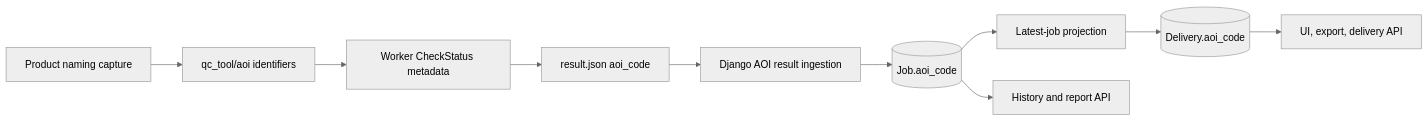
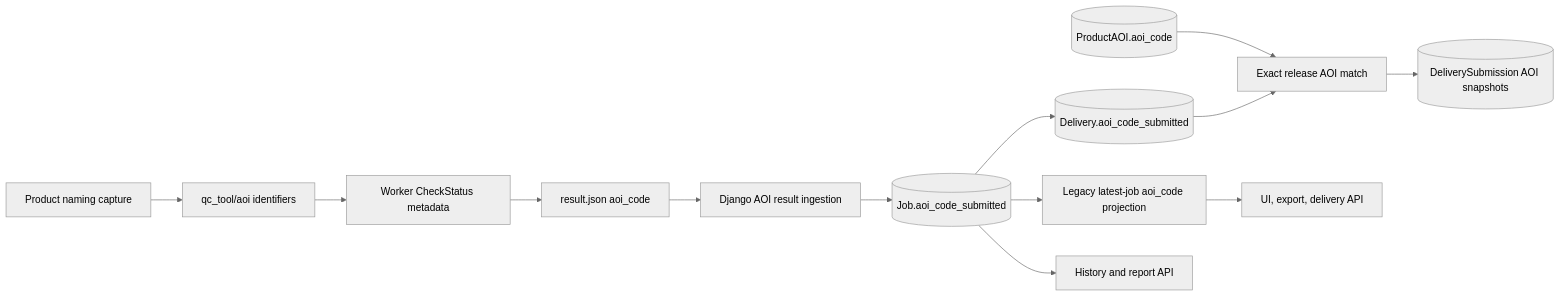
The diagram in docs/architecture/aoi-metadata.md (eea/copernicus_quality_tools), drawn with Mermaid (neutral theme) before and after one commit. The commit also changed other lines of this file and 174 other files, not shown here.

Commit message:
refactor legacy PG schema towards treated jobs, deliveries, products separately

````diff
--- a/docs/architecture/aoi-metadata.md
+++ b/docs/architecture/aoi-metadata.md
@@ -35,12 +38,15 @@
 ```mermaid
 flowchart LR
     Names[Product naming capture] --> Core[qc_tool/aoi identifiers]
     Core --> Status[Worker CheckStatus metadata]
     Status --> Result[result.json aoi_code]
     Result --> Ingest[Django AOI result ingestion]
-    Ingest --> Job[(Job.aoi_code)]
-    Job --> Projection[Latest-job projection]
-    Projection --> Delivery[(Delivery.aoi_code)]
-    Delivery --> UI[UI, export, delivery API]
+    Ingest --> Job[(Job.aoi_code_submitted)]
+    Job --> ZipIdentity[(Delivery.aoi_code_submitted)]
+    Catalog[(ProductAOI.aoi_code)] --> Match[Exact release AOI match]
+    ZipIdentity --> Match
+    Match --> Submission[(DeliverySubmission AOI snapshots)]
+    Job --> Legacy[Legacy latest-job aoi_code projection]
+    Legacy --> UI[UI, export, delivery API]
     Job --> Reports[History and report API]
 ```
````
